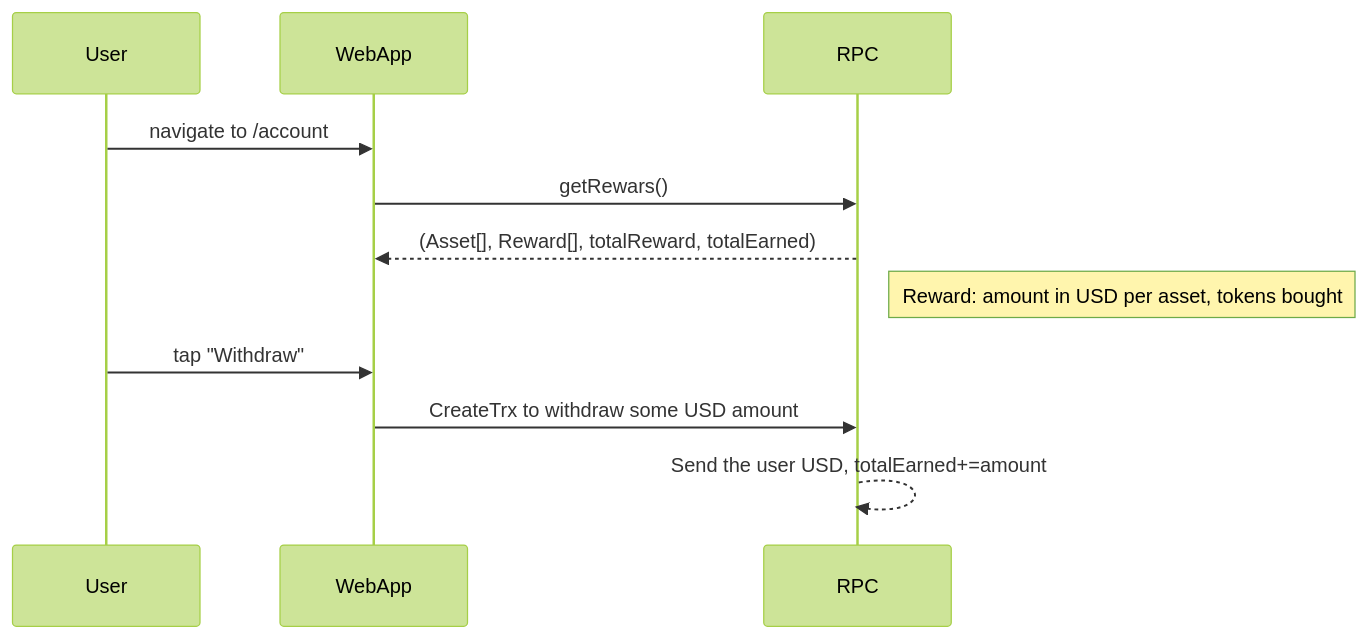
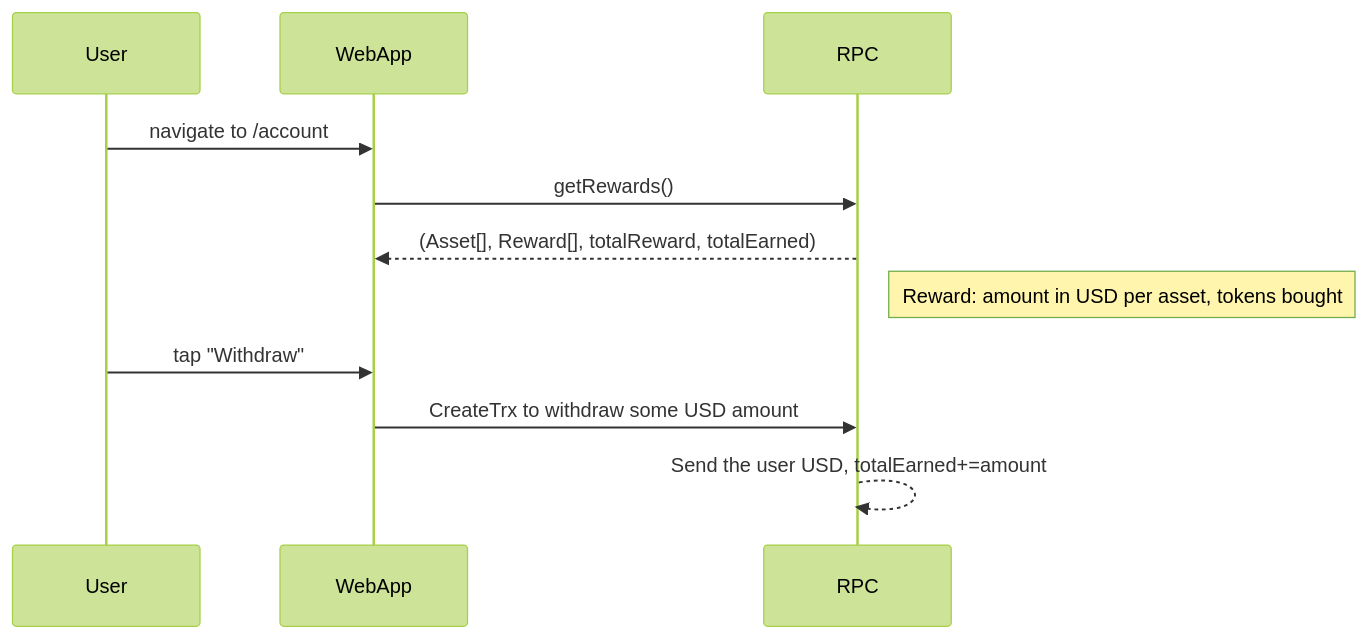
One commit to binaryx-protocol/binaryx_app changed the diagram in arb/mermaid/MyAccountPage.md. Above: the diagram before and after it, drawn with Mermaid (forest theme).

````diff
--- a/arb/mermaid/MyAccountPage.md
+++ b/arb/mermaid/MyAccountPage.md
@@ -3,15 +3,15 @@
 ```mermaid
 sequenceDiagram
   participant User
   participant WebApp
   participant RPC
   User->>WebApp: navigate to /account
-  WebApp->>RPC: getRewars()
+  WebApp->>RPC: getRewards()
   RPC-->>WebApp: (Asset[], Reward[], totalReward, totalEarned)
   Note right of RPC: Reward: amount in USD per asset, tokens bought
   
   User->>WebApp: tap "Withdraw"
   WebApp->>RPC: CreateTrx to withdraw some USD amount
   RPC-->>RPC: Send the user USD, totalEarned+=amount
   
 ```
````
